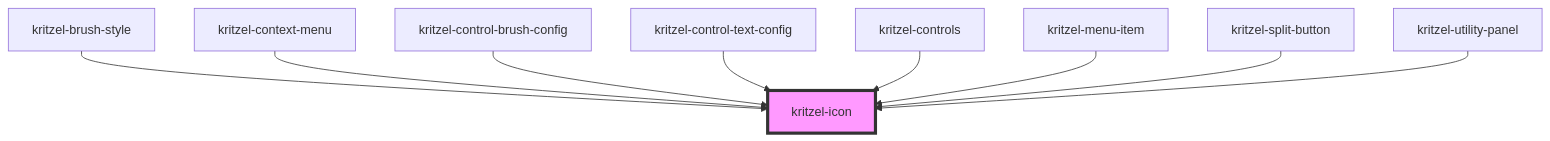
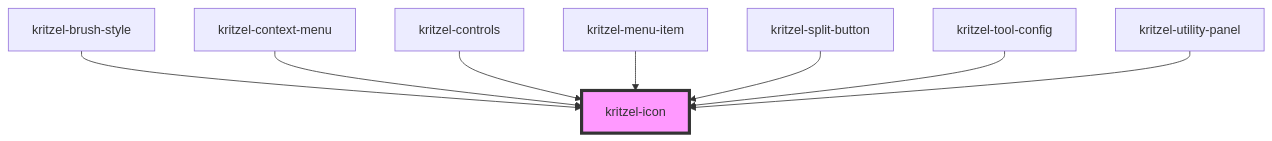
Before and after one commit to kasual1/kritzel: the diagram in libs/kritzel-stencil/src/components/shared/kritzel-icon/readme.md, drawn with Mermaid. The commit also changed other lines of this file and 20 other files, not shown here.

````diff
--- a/libs/kritzel-stencil/src/components/shared/kritzel-icon/readme.md
+++ b/libs/kritzel-stencil/src/components/shared/kritzel-icon/readme.md
@@ -31,12 +30,11 @@
 ```mermaid
 graph TD;
   kritzel-brush-style --> kritzel-icon
   kritzel-context-menu --> kritzel-icon
-  kritzel-control-brush-config --> kritzel-icon
-  kritzel-control-text-config --> kritzel-icon
   kritzel-controls --> kritzel-icon
   kritzel-menu-item --> kritzel-icon
   kritzel-split-button --> kritzel-icon
+  kritzel-tool-config --> kritzel-icon
   kritzel-utility-panel --> kritzel-icon
   style kritzel-icon fill:#f9f,stroke:#333,stroke-width:4px
 ```
````
